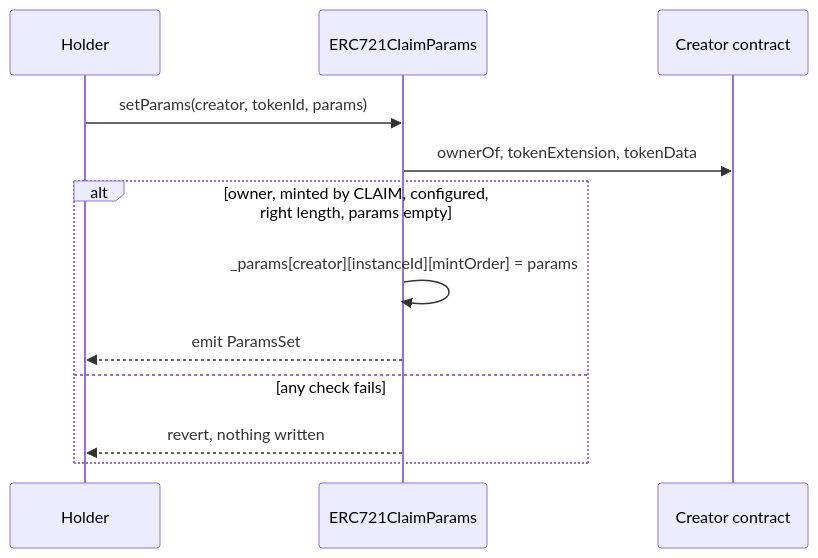
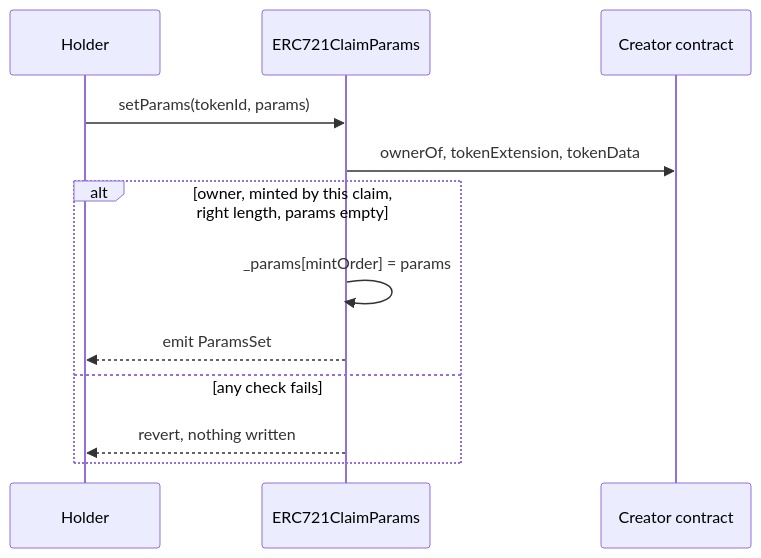
Before and after one commit to manifoldxyz/creator-core-extensions-solidity: the third of 4 diagrams in packages/claimparams/SPEC.md, drawn with Mermaid. The commit also changed other lines of this file, not shown here.

First line of the commit message:
claimparams: spec rev 2, one claim per deploy

````diff
--- a/packages/claimparams/SPEC.md
+++ b/packages/claimparams/SPEC.md
@@ -107,14 +105,14 @@
 ```mermaid
 sequenceDiagram
   participant H as Holder
   participant P as ERC721ClaimParams
   participant N as Creator contract
-  H->>P: setParams(creator, tokenId, params)
+  H->>P: setParams(tokenId, params)
   P->>N: ownerOf, tokenExtension, tokenData
-  alt owner, minted by CLAIM, configured, right length, params empty
-    P->>P: _params[creator][instanceId][mintOrder] = params
+  alt owner, minted by this claim, right length, params empty
+    P->>P: _params[mintOrder] = params
     P-->>H: emit ParamsSet
   else any check fails
     P-->>H: revert, nothing written
   end
 ```
````
